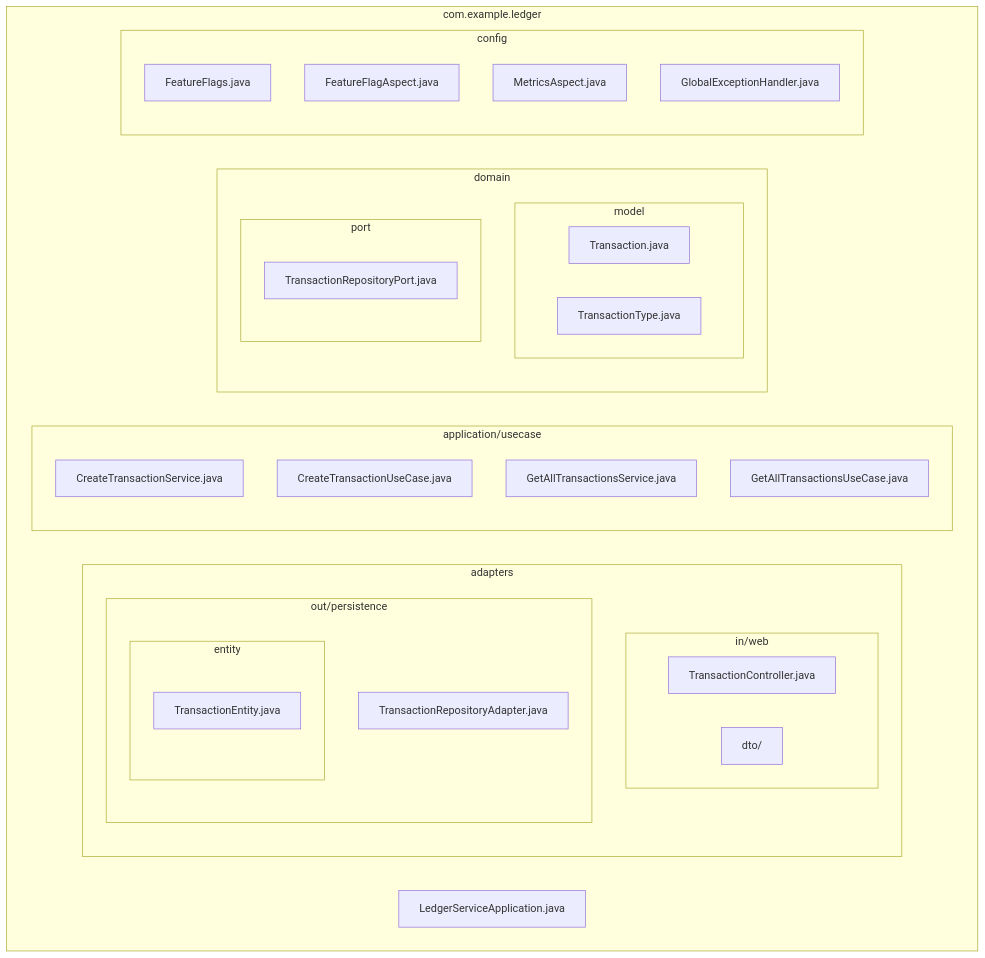
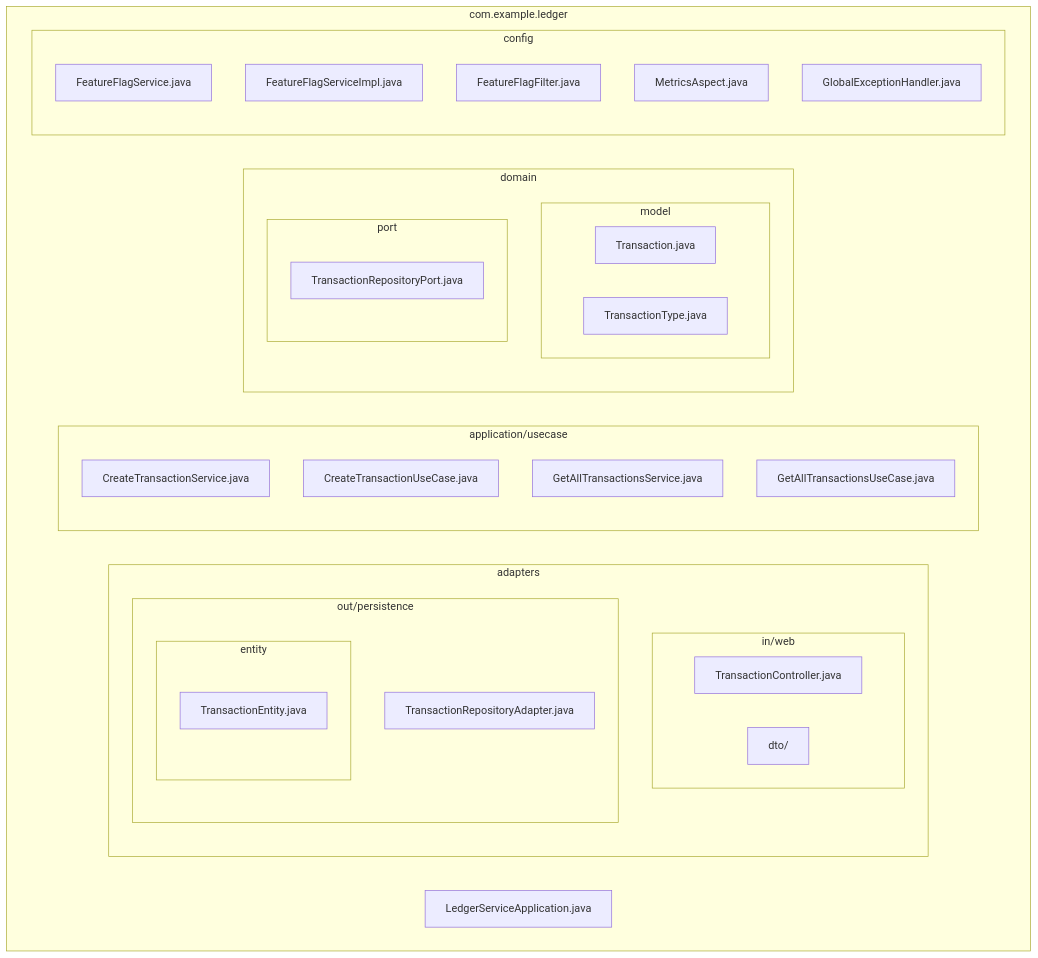
Before and after one commit to noyqdave/accounting-ledger-service: the diagram in docs/diagrams/development-view.mmd, drawn with Mermaid. The commit also changed 12 other files, not shown here.

First line of the commit message:
Update documentation to reflect filter-based feature flag implementation

```diff
--- a/docs/diagrams/development-view.mmd
+++ b/docs/diagrams/development-view.mmd
@@ -1,43 +1,44 @@
 graph TD
     subgraph "com.example.ledger"
         APP[LedgerServiceApplication.java]
         
         subgraph "adapters"
             subgraph "in/web"
                 TC[TransactionController.java]
                 DTO[dto/]
             end
             
             subgraph "out/persistence"
                 TRA[TransactionRepositoryAdapter.java]
                 subgraph "entity"
                     TE[TransactionEntity.java]
                 end
             end
         end
         
         subgraph "application/usecase"
             CTS[CreateTransactionService.java]
             CTU[CreateTransactionUseCase.java]
             GTS[GetAllTransactionsService.java]
             GTU[GetAllTransactionsUseCase.java]
         end
         
         subgraph "domain"
             subgraph "model"
                 T[Transaction.java]
                 TT[TransactionType.java]
             end
             
             subgraph "port"
                 TRP[TransactionRepositoryPort.java]
             end
         end
         
         subgraph "config"
-            FF[FeatureFlags.java]
-            FFA[FeatureFlagAspect.java]
+            FFS[FeatureFlagService.java]
+            FFSI[FeatureFlagServiceImpl.java]
+            FFF[FeatureFlagFilter.java]
             MA[MetricsAspect.java]
             GEH[GlobalExceptionHandler.java]
         end
     end
```
